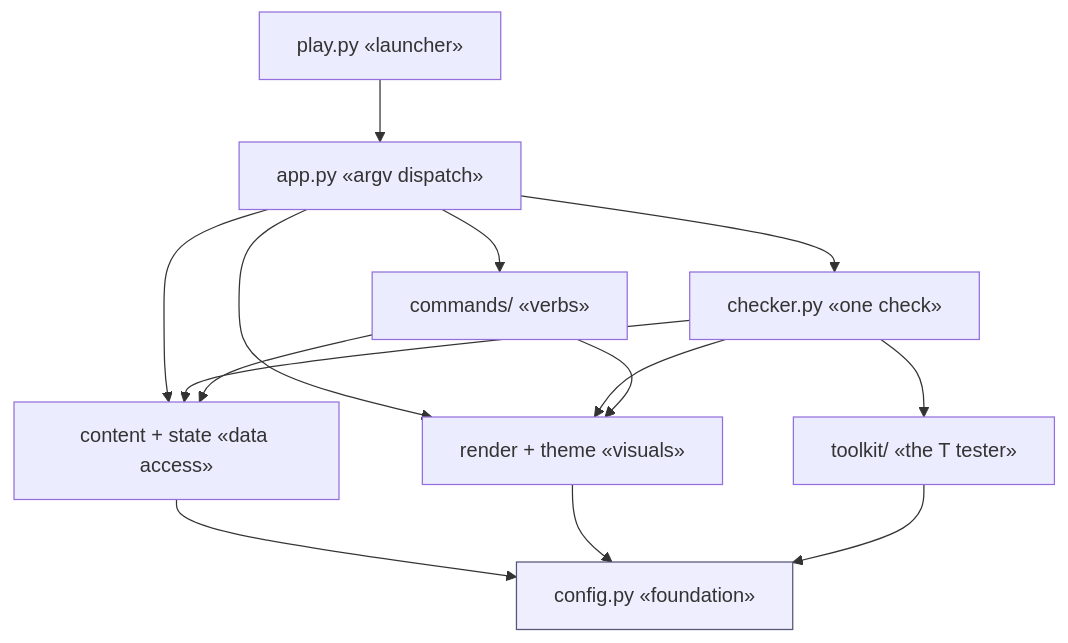
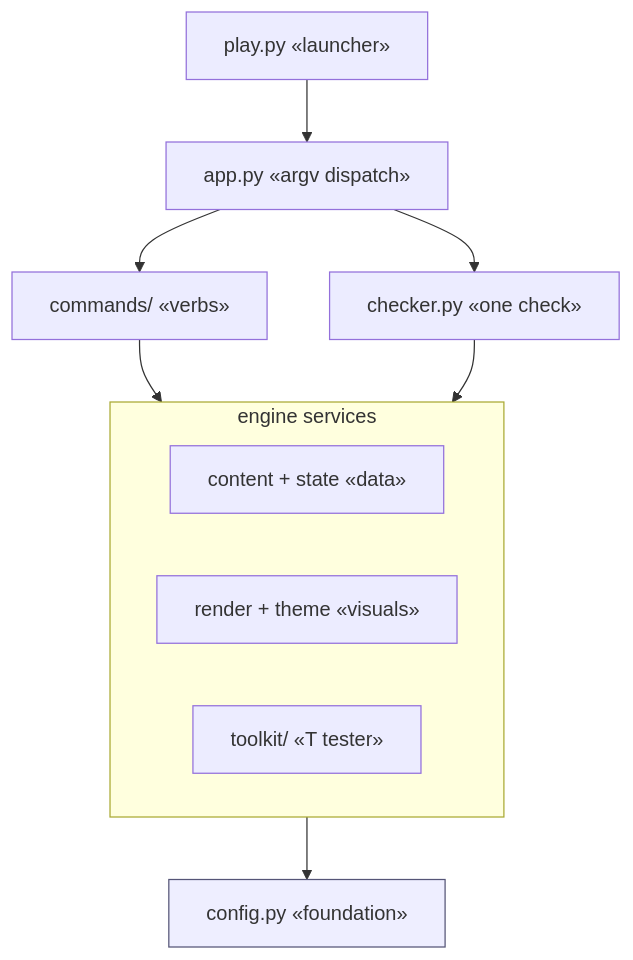
The fourth of 10 diagrams in docs/architecture/README.md (N041M/PyQuest), drawn with Mermaid before and after one commit. The commit also changed other lines of this file, not shown here.

Commit message:
Declutter the 4.1 at-a-glance engine diagram
Group content/state, render/theme, and toolkit into one services cluster so
app fans to just verbs and checker; cuts the view from 13 crossing edges to 6
and a clean four-tier flow.

````diff
--- a/docs/architecture/README.md
+++ b/docs/architecture/README.md
@@ -117,18 +117,20 @@
 ```mermaid
 flowchart TB
     play["play.py «launcher»"] --> app["app.py «argv dispatch»"]
     app --> verbs["commands/ «verbs»"]
     app --> checker["checker.py «one check»"]
-    app --> data["content + state «data access»"]
-    app --> vis["render + theme «visuals»"]
-    checker --> toolkit["toolkit/ «the T tester»"]
-    checker --> data
-    checker --> vis
-    verbs --> data
-    verbs --> vis
-    data --> config["config.py «foundation»"]
-    vis --> config
-    toolkit --> config
+
+    subgraph services["engine services"]
+        direction LR
+        data["content + state «data»"]
+        vis["render + theme «visuals»"]
+        toolkit["toolkit/ «T tester»"]
+    end
+
+    verbs --> services
+    checker --> services
+    services --> config["config.py «foundation»"]
+
     classDef base fill:#eef,stroke:#557;
     class config base;
 ```
````
